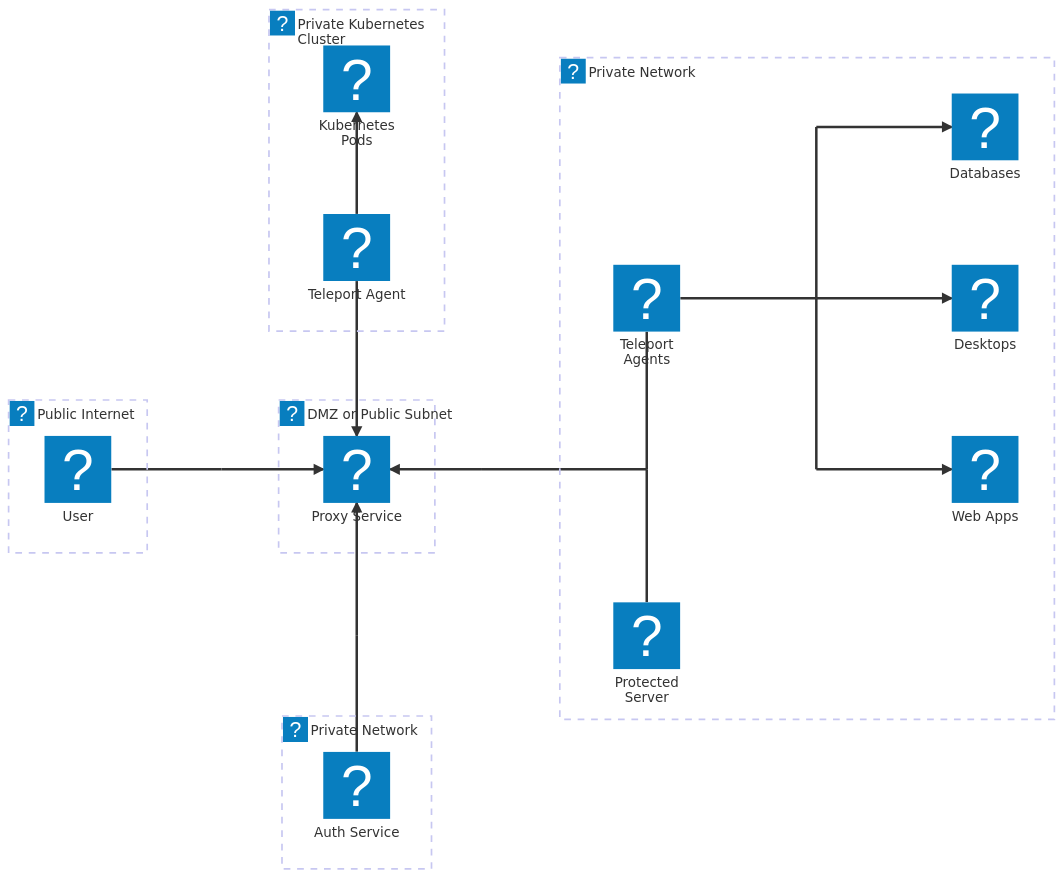
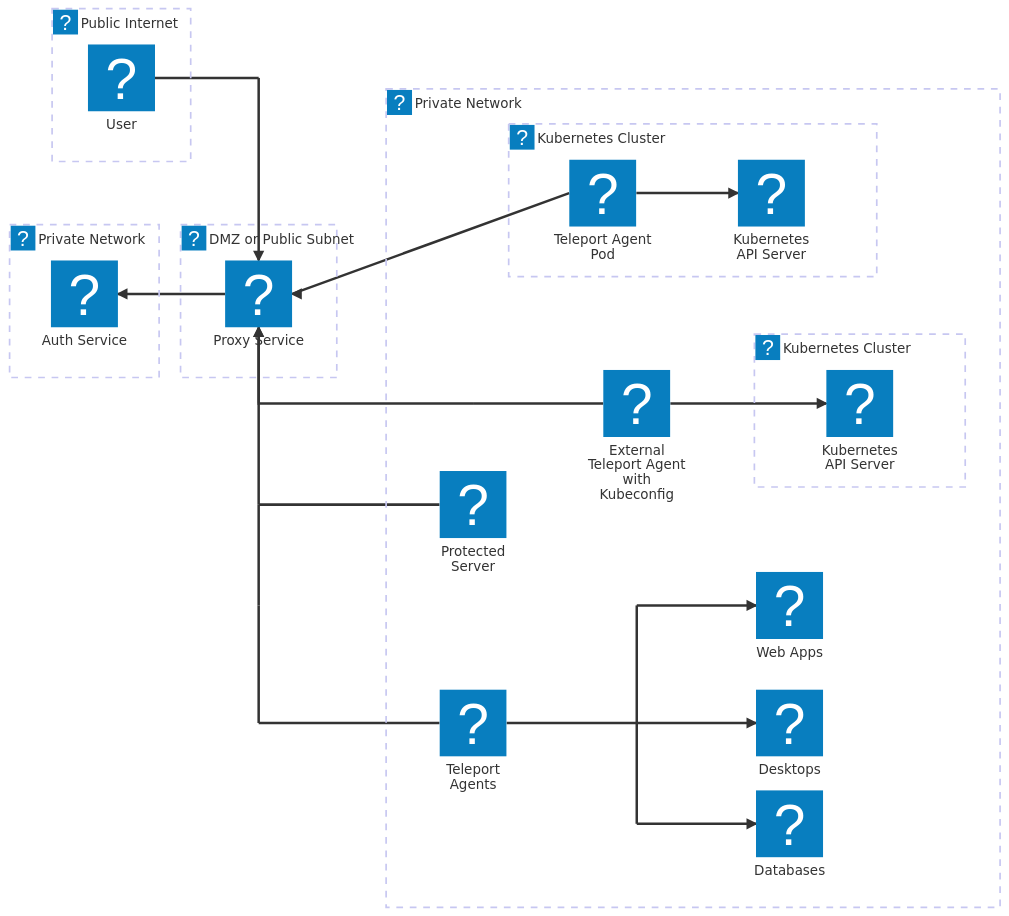
Before and after one commit to flytbase/teleport: the diagram in docs/pages/reference/deployment/networking.mdx, drawn with Mermaid.

Commit message:
Edit Networking Reference diagram re: Kubernetes
- Show that the agent can run on a pod and talks to the Kubernetes API
  server.
- Include an external Teleport Agent

````diff
--- a/docs/pages/reference/deployment/networking.mdx
+++ b/docs/pages/reference/deployment/networking.mdx
@@ -39,70 +39,117 @@
 ```mermaid
 architecture-beta
 
-%% Networks
+%%%%%%%%%%%
+%% Groups %
+%%%%%%%%%%%
+
 group public_net(carbon-network-public)[Public Internet]
 group dmz_net(carbon-network-public)[DMZ or Public Subnet]
+group private_net2(carbon-virtual-private-cloud)[Private Network]
+
+%% private_net contains Teleport Agents and protected resources.
 group private_net(carbon-virtual-private-cloud)[Private Network]
-group private_net2(carbon-virtual-private-cloud)[Private Network]
-group k8s_net(carbon-virtual-private-cloud)[Private Kubernetes Cluster]
+group k8s_net(logos-kubernetes)[Kubernetes Cluster] in private_net
+group k8s_net2(logos-kubernetes)[Kubernetes Cluster] in private_net
 
-%% Services
+
+%%%%%%%%%%%%%
+%% Services %
+%%%%%%%%%%%%%
+
 service user(carbon-user)[User] in public_net
+
+%% Teleport control plane
 service proxy(teleport-logo-purple)[Proxy Service] in dmz_net
 service auth(teleport-logo-purple)[Auth Service] in private_net2
 
-%% Core Private Services
+%% Agents and a protected server in the private network
 service agent(teleport-logo-purple)[Teleport Agents] in private_net
 service ssh_node(teleport-logo-purple)[Protected Server] in private_net
 
-%% Destination Endpoints
+%% Resources that Teleport Agents protect
 service db(carbon-db2-database)[Databases] in private_net
 service windows(carbon-virtual-desktop)[Desktops] in private_net
 service webapp(carbon-code)[Web Apps] in private_net
 
-%% Kubernetes Group Services
-service k8s_agent(teleport-logo-purple)[Teleport Agent] in k8s_net
-service k8s_pods(logos-kubernetes)[Kubernetes Pods] in k8s_net
+%% Protected Kubernetes clusters representing two enrollment methods:
+%% running in the same cluster as the protected API server and using a
+%% kubeconfig to protect a remote cluster.
+%%   k8s_agent runs as a Pod inside the cluster it manages
+%%   k8s_agent_external runs outside its target cluster and connects via kubeconfig
+service k8s_agent(teleport-logo-purple)[Teleport Agent Pod] in k8s_net
+service k8s_pods(logos-kubernetes)[Kubernetes API Server] in k8s_net
+service k8s_agent_external(teleport-logo-purple)[External Teleport Agent with Kubeconfig] in private_net
+service k8s_pods2(logos-kubernetes)[Kubernetes API Server] in k8s_net2
 
-%% Routing Junctions
+%%%%%%%%%%%%%%
+%% Junctions %
+%%%%%%%%%%%%%%
+
+%% p_conn: collects the external Kubernetes agent's reverse-tunnel wire
+%% connection routing it into the Proxy Service from below.
 junction p_conn in private_net
+
+%% j_mid / j_top / j_bot form a vertical spine for connections from the Teleport
+%% Agents service: 
+%%   j_mid is the center junction, and connects to Desktops and branches to j_top/j_bot
+%%   j_top sits above j_mid and connects to Databases
+%%   j_bot sits below j_mid and connects to Web Apps
 junction j_mid in private_net
 junction j_top in private_net
 junction j_bot in private_net
 
-%% Buffer junctions for spacing
-junction j_usr_buf
-junction j_proxy_agent_buf
-junction j_auth_proxy_buf
+%% j_proxy_auth_bend: L-bend that routes the User connection above the
+%% Proxy Service so that the Public Internet group appears at the top of
+%% the diagram.
+junction j_proxy_auth_bend
 
-%% Control Plane & Edge Connections
-user:R -- L:j_usr_buf
-j_usr_buf:R --> L:proxy
-auth:T -- B:j_auth_proxy_buf
-j_auth_proxy_buf:T --> B:proxy
+%% j_ssh_proxy / j_ssh_proxy_buf: connects Protected Server reverse-tunnel to
+%% the Proxy Service. j_ssh_proxy also serves as part of the connection between
+%% Teleport Agents and Proxy Service.
+junction j_ssh_proxy
+junction j_ssh_proxy_buf
 
-%% Kubernetes Cluster routing 
-%% Moved K8s group above the Proxy
-k8s_agent:B --> T:proxy
-k8s_agent:T --> B:k8s_pods
+%% j_agents_buf1 / j_agents_buf2: extend the Teleport Agents reverse tunnel %%
+%% vertically until it meets j_ssh_proxy at the private_net boundary.
+junction j_agents_buf1
+junction j_agents_buf2
 
-%% Reverse tunnel flow into the Proxy Service
-%% p_conn:L --> R:proxy
+%%%%%%%%%%%%%%%%
+%% Connections %
+%%%%%%%%%%%%%%%%
 
-p_conn:L -- R:j_proxy_agent_buf
-j_proxy_agent_buf:L --> R:proxy
+%% Proxy Service to Auth Service
+proxy:L --> R:auth
+j_proxy_auth_bend:L -- R:user
+j_proxy_auth_bend:B --> T:proxy
 
-%% Positioning Teleport Agents above the SSH Service on a Linux Server
-%% service
-agent:B -- T:p_conn
-ssh_node:T -- B:p_conn
+%% Kubernetes Agent Pod to Proxy Service and Kubernetes API server
+k8s_agent:L --> R:proxy
+k8s_agent:R --> L:k8s_pods
 
-%% Vertical bus creation for endpoints
+%% External Kubernetes agent to Proxy Service and the remote Kubernetes
+%% cluster's API server
+k8s_agent_external:L -- R:p_conn
+k8s_agent_external:R --> L:k8s_pods2
+p_conn:L --> B:proxy
+
+%% Protected Server and Teleport Agents to the Proxy Service via reverse
+%% tunnel
+ssh_node:L -- R:j_ssh_proxy
+j_ssh_proxy:T -- B:j_ssh_proxy_buf
+j_ssh_proxy_buf:T --> B:proxy
+
+%% Vertical spine connecting the Proxy Service to Teleport Agents in the private
+%% network
+j_ssh_proxy:B -- T:j_agents_buf1
+j_agents_buf1:B -- T:j_agents_buf2
+j_agents_buf2:R -- L:agent
 agent:R -- L:j_mid
-j_mid:T -- B:j_top
-j_mid:B -- T:j_bot
+j_mid:B -- T:j_top
+j_mid:T -- B:j_bot
 
-%% Vertically aligned destination endpoints
+%% Agents to protected databases, desktops, and web apps
 j_top:R --> L:db
 j_mid:R --> L:windows
 j_bot:R --> L:webapp
````
